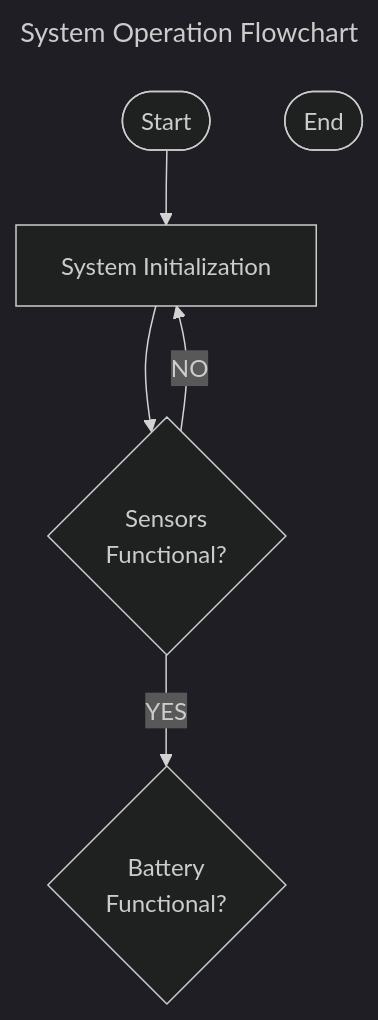
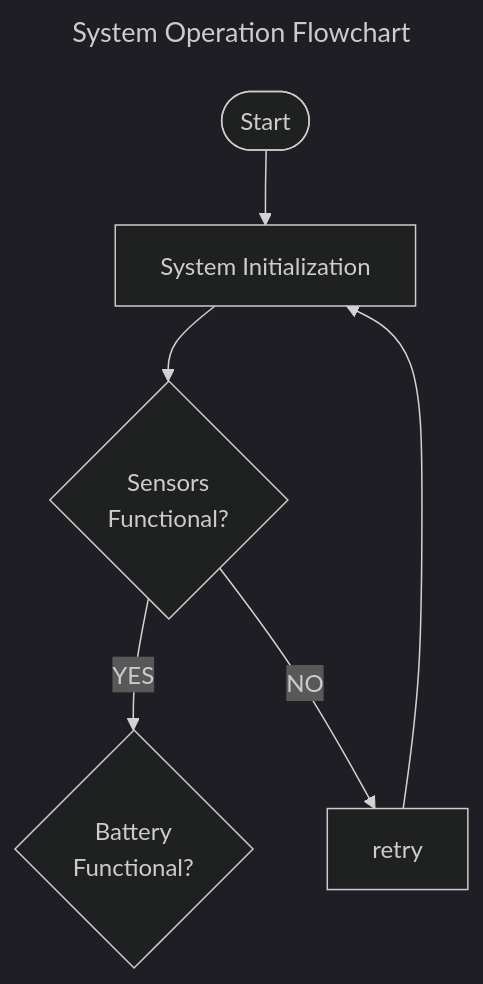
The diagram in system-architecture/system-operation.md (ARRR-Coen-Elec-490/docs), drawn with Mermaid (dark theme) before and after one commit.

````diff
--- a/system-architecture/system-operation.md
+++ b/system-architecture/system-operation.md
@@ -5,25 +5,12 @@
 ```mermaid
 ---
 title: System Operation Flowchart
 ---
 flowchart TD
-    Start([Start])
-
-    %% System Initialization Blocks
-    sys_init[System Initialization]
-    sys_check1{Sensors<br>Functional?}
-    sys_check2{Battery<br>Functional?}
-
-    Start --> sys_init
-    sys_init --> sys_check1
-    sys_check1 -->|YES| sys_check2
-    sys_check1 -->|NO| sys_init
-
-
-
-
-
-    End([End])
-
+    start([Start]) --> sys_init[System Initialization]
+    sys_init[System Initialization] --> sys_check1{Sensors<br>Functional?}
+    sys_check1{Sensors<br>Functional?} -->|YES| sys_check2{Battery<br>Functional?}
+    sys_check1{Sensors<br>Functional?} -->|NO| retry
+    retry --> sys_init
 
 ```
````
